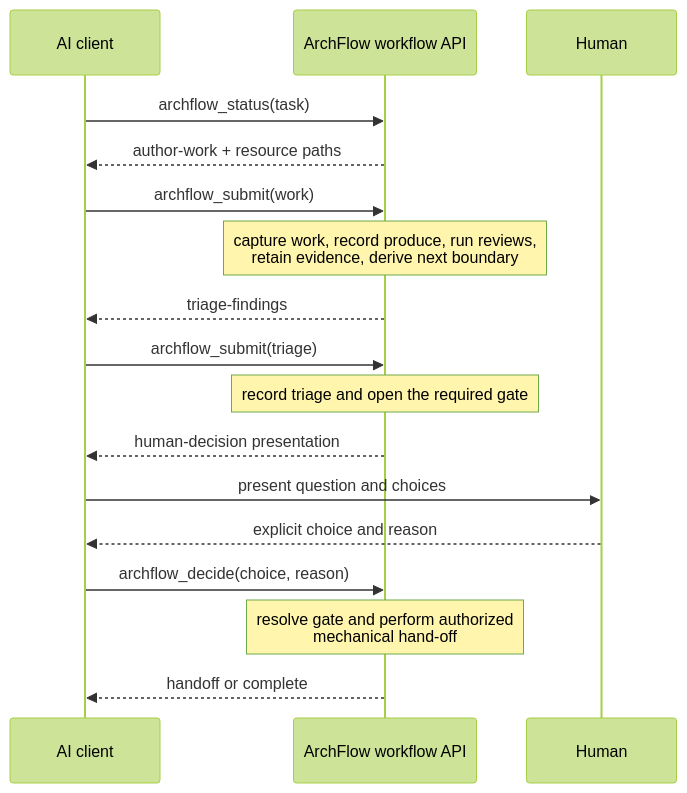
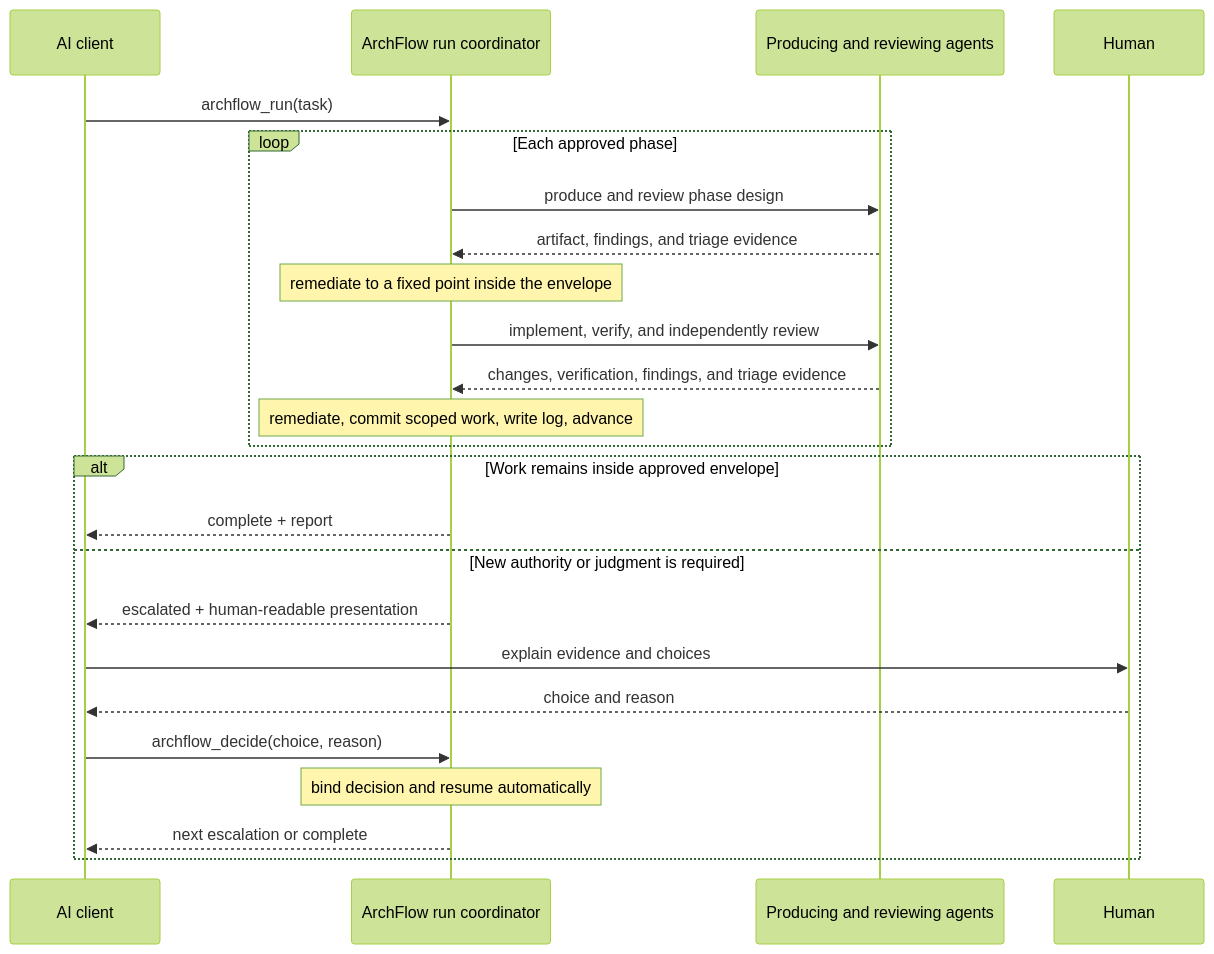
Before and after one commit to Aroton/ArchflowV2: the second of 2 diagrams in docs/validation/client-interface-audit.md, drawn with Mermaid (forest theme). The commit also changed other lines of this file and 1 other file, not shown here.

Commit message:
docs: define autonomous MCP workflow interface

````diff
--- a/docs/validation/client-interface-audit.md
+++ b/docs/validation/client-interface-audit.md
@@ -215,20 +346,27 @@
 ```mermaid
 sequenceDiagram
     participant C as AI client
-    participant M as ArchFlow workflow API
+    participant M as ArchFlow run coordinator
+    participant W as Producing and reviewing agents
     participant H as Human
 
-    C->>M: archflow_status(task)
-    M-->>C: author-work + resource paths
-    C->>M: archflow_submit(work)
-    Note over M: capture work, record produce, run reviews,<br/>retain evidence, derive next boundary
-    M-->>C: triage-findings
-    C->>M: archflow_submit(triage)
-    Note over M: record triage and open the required gate
-    M-->>C: human-decision presentation
-    C->>H: present question and choices
-    H-->>C: explicit choice and reason
-    C->>M: archflow_decide(choice, reason)
-    Note over M: resolve gate and perform authorized<br/>mechanical hand-off
-    M-->>C: handoff or complete
+    C->>M: archflow_run(task)
+    loop Each approved phase
+        M->>W: produce and review phase design
+        W-->>M: artifact, findings, and triage evidence
+        Note over M: remediate to a fixed point inside the envelope
+        M->>W: implement, verify, and independently review
+        W-->>M: changes, verification, findings, and triage evidence
+        Note over M: remediate, commit scoped work, write log, advance
+    end
+    alt Work remains inside approved envelope
+        M-->>C: complete + report
+    else New authority or judgment is required
+        M-->>C: escalated + human-readable presentation
+        C->>H: explain evidence and choices
+        H-->>C: choice and reason
+        C->>M: archflow_decide(choice, reason)
+        Note over M: bind decision and resume automatically
+        M-->>C: next escalation or complete
+    end
 ```
````
